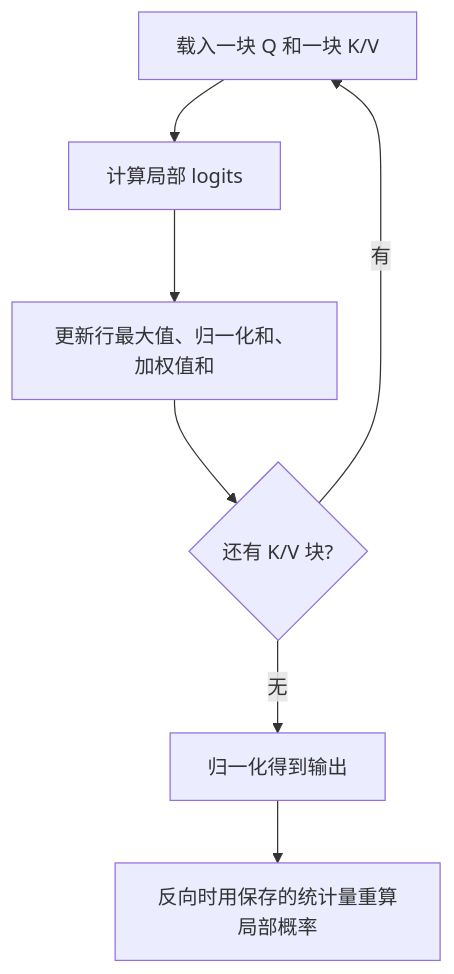
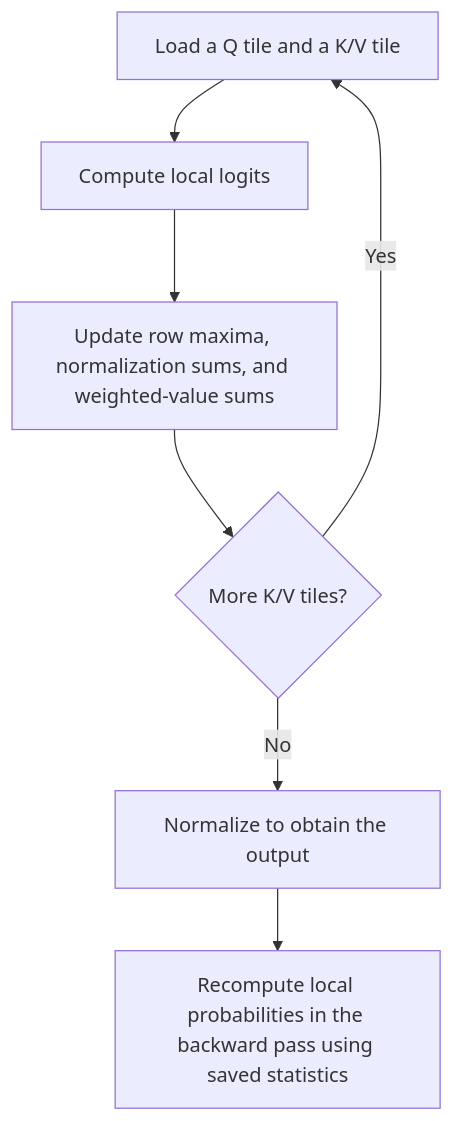
Before and after one commit to oneleaveknowsthefall/awesome-ai-roadmap: the second of 2 diagrams in docs/llm/01-foundations/03-attention-variants.md, drawn with Mermaid. The commit also changed other lines of this file and 92 other files, not shown here.

````diff
--- a/docs/llm/01-foundations/03-attention-variants.md
+++ b/docs/llm/01-foundations/03-attention-variants.md
@@ -109,9 +109,9 @@
 ```mermaid
 flowchart TB
-    A["载入一块 Q 和一块 K/V"] --> B["计算局部 logits"]
-    B --> C["更新行最大值、归一化和、加权值和"]
-    C --> D{"还有 K/V 块?"}
-    D -->|有| A
-    D -->|无| E["归一化得到输出"]
-    E --> F["反向时用保存的统计量重算局部概率"]
+    A["Load a Q tile and a K/V tile"] --> B["Compute local logits"]
+    B --> C["Update row maxima, normalization sums, and weighted-value sums"]
+    C --> D{"More K/V tiles?"}
+    D -->|Yes| A
+    D -->|No| E["Normalize to obtain the output"]
+    E --> F["Recompute local probabilities in the backward pass using saved statistics"]
 ```
````
